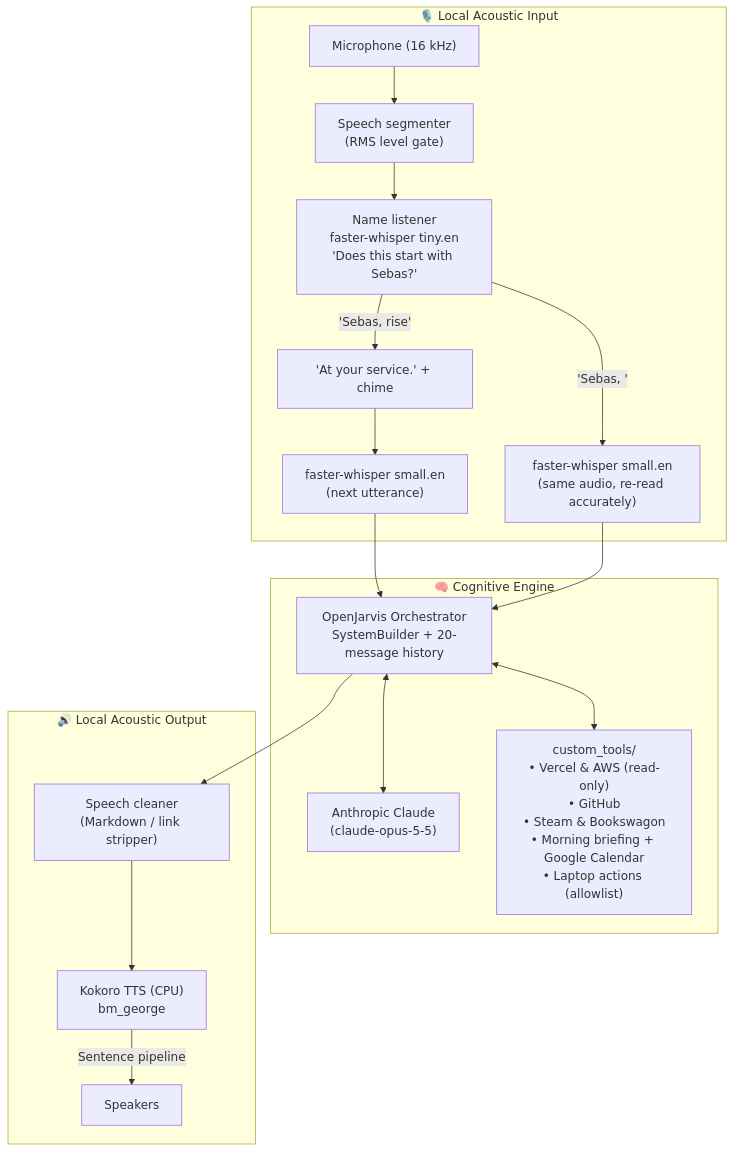
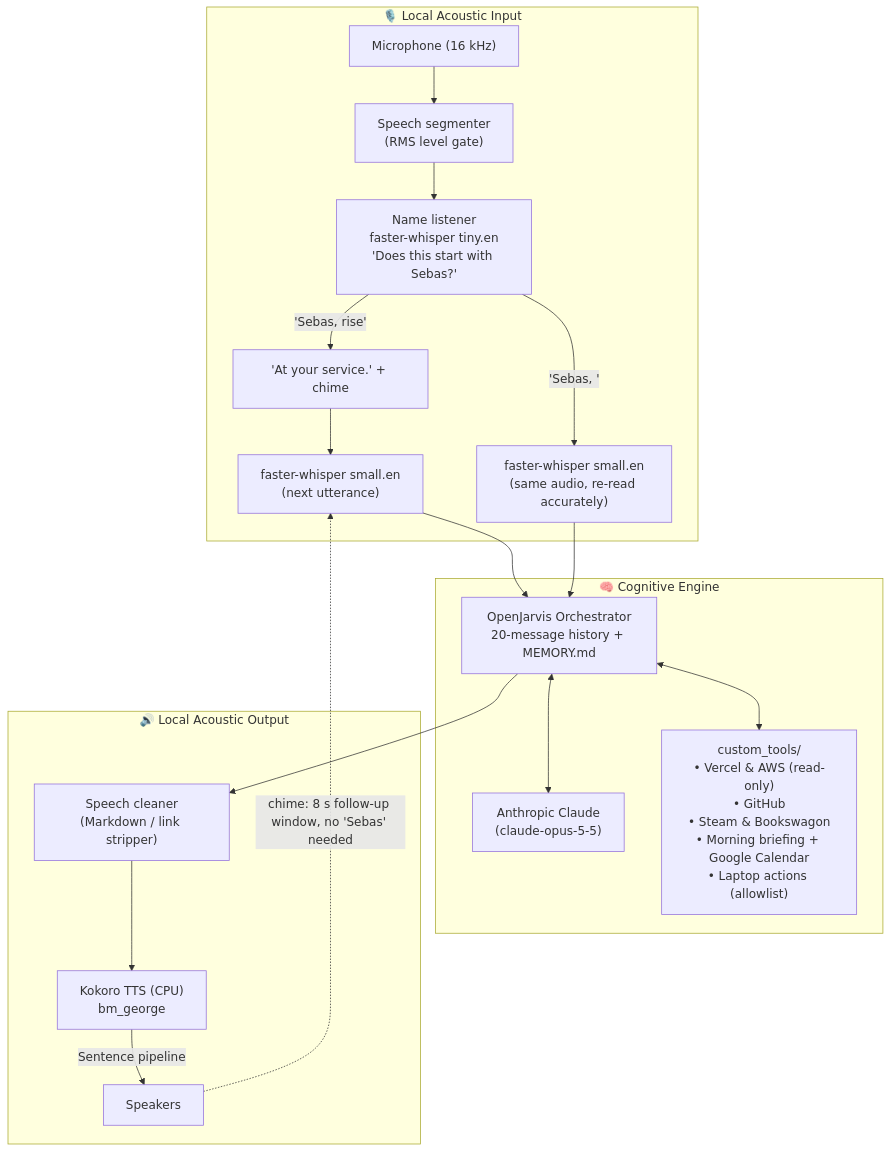
Before and after one commit to krishivvyas/SEBAS: the diagram in README.md, drawn with Mermaid. The commit also changed other lines of this file and 1 other file, not shown here.

Commit message:
docs: add conversation mode, memory tool, and follow-up configuration to README

````diff
--- a/README.md
+++ b/README.md
@@ -19,22 +19,24 @@
 ```mermaid
 flowchart TD
     subgraph AudioInput["🎙️ Local Acoustic Input"]
         Mic["Microphone (16 kHz)"] --> Gate["Speech segmenter\n(RMS level gate)"]
         Gate --> Name["Name listener\nfaster-whisper tiny.en\n'Does this start with Sebas?'"]
         Name -- "'Sebas, rise'" --> Greet["'At your service.' + chime"] --> STT["faster-whisper small.en\n(next utterance)"]
         Name -- "'Sebas, <request>'" --> STT2["faster-whisper small.en\n(same audio, re-read accurately)"]
     end
 
     subgraph Intelligence["🧠 Cognitive Engine"]
-        STT --> Brain["OpenJarvis Orchestrator\nSystemBuilder + 20-message history"]
+        STT --> Brain["OpenJarvis Orchestrator\n20-message history + MEMORY.md"]
         STT2 --> Brain
         Brain <--> Claude["Anthropic Claude\n(claude-opus-5-5)"]
         Brain <--> Tools["custom_tools/\n• Vercel & AWS (read-only)\n• GitHub\n• Steam & Bookswagon\n• Morning briefing + Google Calendar\n• Laptop actions (allowlist)"]
     end
 
     subgraph AudioOutput["🔊 Local Acoustic Output"]
         Brain --> TextFormatter["Speech cleaner\n(Markdown / link stripper)"]
         TextFormatter --> TTS["Kokoro TTS (CPU)\nbm_george"]
         TTS -- "Sentence pipeline" --> Speakers["Speakers"]
     end
+
+    Speakers -. "chime: 8 s follow-up window, no 'Sebas' needed" .-> STT
 ```
````
